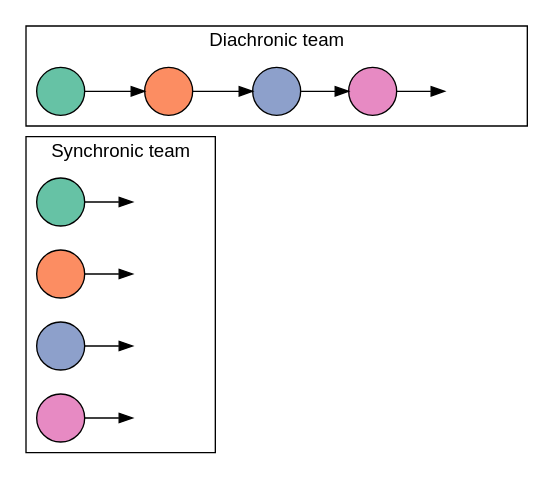
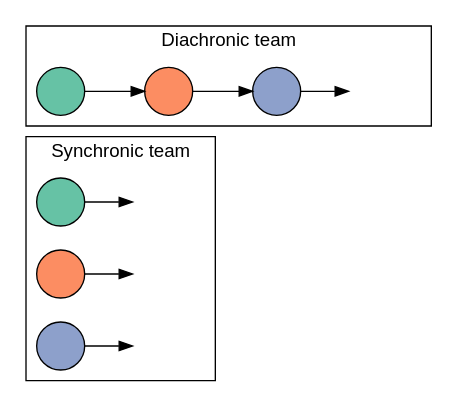
The diagram in evoteams/inst/extdata/team-structure.gv (pedmiston/diachronic-teams), drawn with Graphviz before and after one commit. The commit also changed 3 other files, not shown here.

```diff
--- a/evoteams/inst/extdata/team-structure.gv
+++ b/evoteams/inst/extdata/team-structure.gv
@@ -1,32 +1,29 @@
 digraph {
   fontname=helvetica;
   node[fontname=helvetica; label=""; style=filled];
 
   rankdir=LR;
 
   // Shapes are projects
-  s1, s2, s3, s4, d1, d2, d3, d4[shape=circle];
+  s1, s2, s3, d1, d2, d3[shape=circle];
 
   // Colors are people
   s1, d1[fillcolor="#66C2A5"];
   s2, d2[fillcolor="#FC8D62"];
   s3, d3[fillcolor="#8DA0CB"];
-  s4, d4[fillcolor="#E78AC3"];
-
 
   // Invisible last nodes
-  sinv1, sinv2, sinv3, sinv4, dinv1[style=invis];
+  sinv1, sinv2, sinv3, dinv1[style=invis];
 
   subgraph cluster0 {
     label="Synchronic team";
     s1 -> sinv1;
     s2 -> sinv2;
     s3 -> sinv3;
-    s4 -> sinv4;
   }
 
   subgraph cluster1 {
     label="Diachronic team";
-    d1 -> d2 -> d3 -> d4 -> dinv1;
+    d1 -> d2 -> d3 -> dinv1;
   }
 }
```
